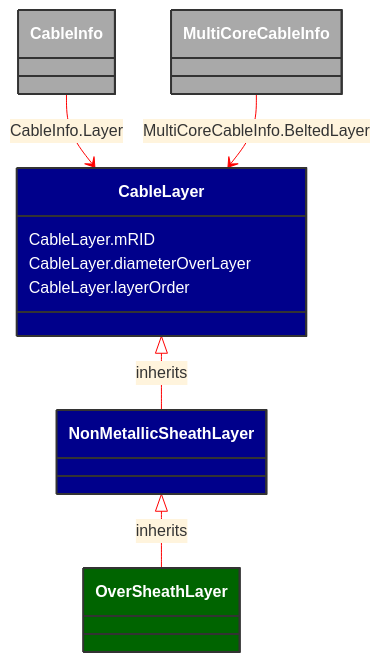
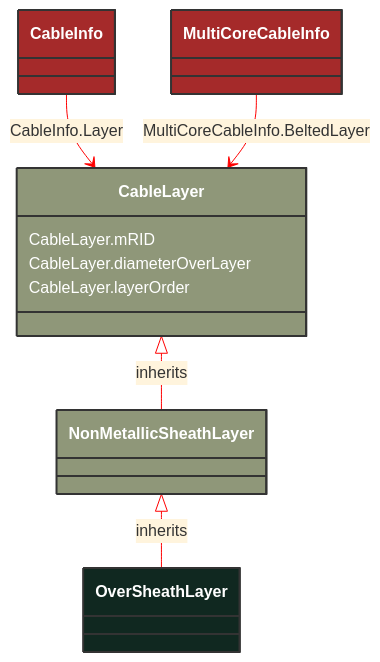
Before and after one commit to 3lbits/NoCIMExtensions: the diagram in docs/Models/Profiles/SubseaCableInfo/ConcreteClasses/OverSheathLayer.md, drawn with Mermaid. The commit also changed 190 other files, not shown here.

````diff
--- a/docs/Models/Profiles/SubseaCableInfo/ConcreteClasses/OverSheathLayer.md
+++ b/docs/Models/Profiles/SubseaCableInfo/ConcreteClasses/OverSheathLayer.md
@@ -8,37 +8,33 @@
 ```mermaid
 %%{init: {'theme':'base','themeVariables': {'lineColor': '#FF0000'}}}%%
 classDiagram
     class OverSheathLayer
     click OverSheathLayer href "/Models/Profiles/SubseaCableInfo/ConcreteClasses/OverSheathLayer/"
-    style OverSheathLayer fill:#006400,stroke:#333,stroke-width:2px,rx:10,ry:10,color:white
-
+    style OverSheathLayer fill:#102820,stroke:#333,stroke-width:2px,rx:10,ry:10,color:white
+     
         NonMetallicSheathLayer <|-- OverSheathLayer : inherits
             click NonMetallicSheathLayer href "/Models/Profiles/SubseaCableInfo/ConcreteClasses/NonMetallicSheathLayer/"
-            style NonMetallicSheathLayer fill:#00008B,stroke:#333,stroke-width:2px,rx:10,ry:10,color:white
-
-        OverSheathLayer
-            click OverSheathLayer href "/Models/Profiles/SubseaCableInfo/ConcreteClasses/OverSheathLayer/"
-            style NonMetallicSheathLayer fill:#00008B,stroke:#333,stroke-width:2px,rx:10,ry:10,color:white
-
+            style NonMetallicSheathLayer fill:#8F9779,stroke:#333,stroke-width:2px,rx:10,ry:10,color:white
+     
         CableLayer <|-- NonMetallicSheathLayer : inherits
             click CableLayer href "/Models/Profiles/SubseaCableInfo/AbstractClasses/CableLayer/"
-            style CableLayer fill:#00008B,stroke:#333,stroke-width:2px,rx:10,ry:10,color:white
+            style CableLayer fill:#8F9779,stroke:#333,stroke-width:2px,rx:10,ry:10,color:white
 
 
         CableInfo --> CableLayer : CableInfo.Layer
 
         CableInfo
             click CableInfo href "/Models/Profiles/SubseaCableInfo/ConcreteClasses/CableInfo/"
-            style CableInfo fill:#A9A9A9,stroke:#333,stroke-width:2px,rx:10,ry:10,color:white
+            style CableInfo fill:#A52A2A,stroke:#333,stroke-width:2px,rx:10,ry:10,color:white
 
         MultiCoreCableInfo --> CableLayer : MultiCoreCableInfo.BeltedLayer
 
         MultiCoreCableInfo
             click MultiCoreCableInfo href "/Models/Profiles/SubseaCableInfo/ConcreteClasses/MultiCoreCableInfo/"
-            style MultiCoreCableInfo fill:#A9A9A9,stroke:#333,stroke-width:2px,rx:10,ry:10,color:white
+            style MultiCoreCableInfo fill:#A52A2A,stroke:#333,stroke-width:2px,rx:10,ry:10,color:white
 
 
         CableLayer : CableLayer.mRID
         CableLayer : CableLayer.diameterOverLayer
         CableLayer : CableLayer.layerOrder
 ```
````
